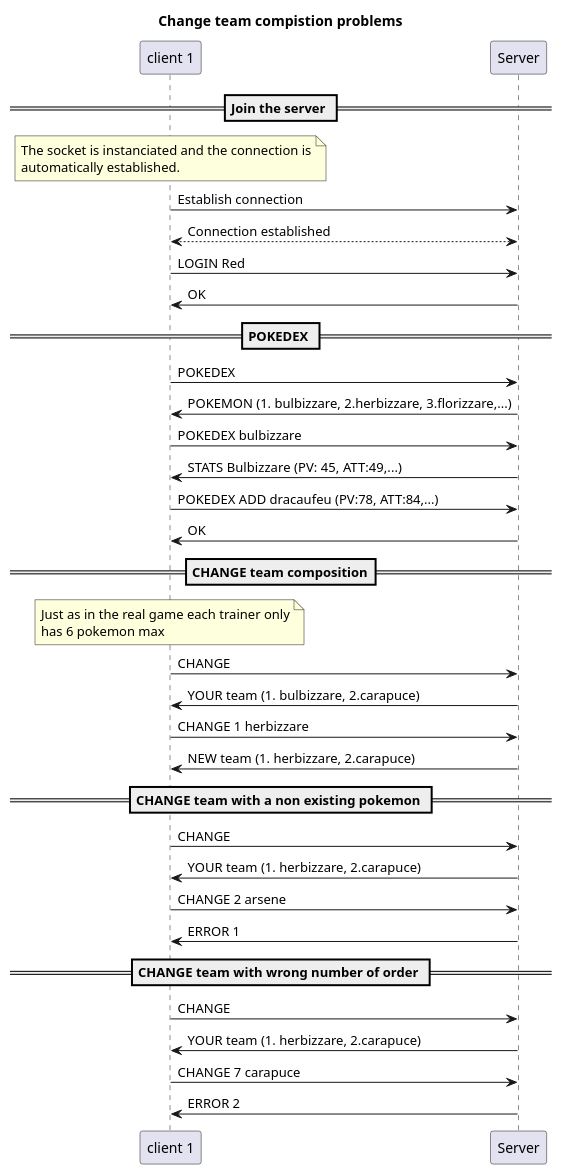
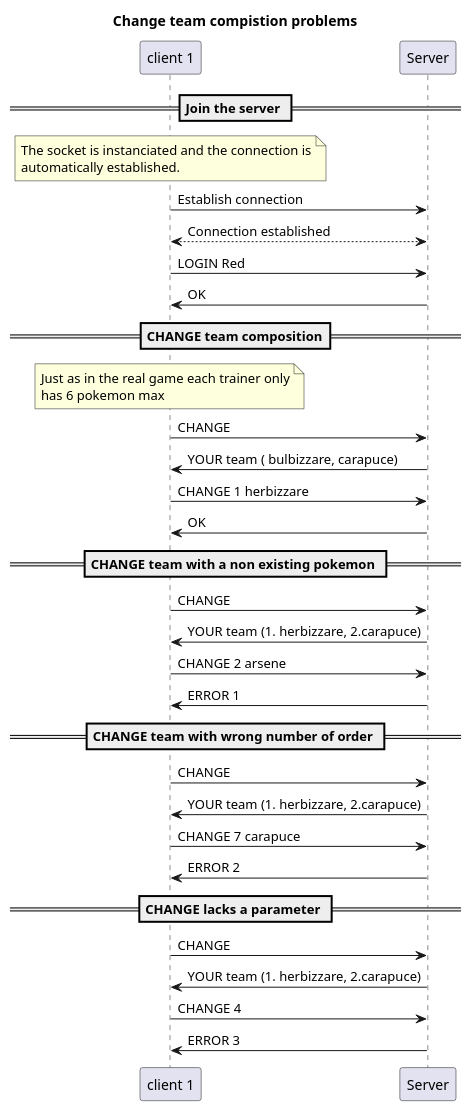
The diagram in PocketMonster/Protocole/ChangeTeamCompositionProblems.plantuml (Dansnts/DAI-Labo02), drawn with PlantUML before and after one commit. The commit also changed 6 other files, not shown here.

```diff
--- a/PocketMonster/Protocole/ChangeTeamCompositionProblems.plantuml
+++ b/PocketMonster/Protocole/ChangeTeamCompositionProblems.plantuml
@@ -1,54 +1,50 @@
 @startuml ChangeTeamCompositionProblems
 title "Change team compistion problems"
 
 participant "client 1" as c1
 participant "Server" as s
 
 == Join the server ==
 
 note over c1
 The socket is instanciated and the connection is
 automatically established.
 end note
 
 c1->s : Establish connection
 c1<-->s : Connection established
 
 c1->s: LOGIN Red
 s->c1: OK
 
-== POKEDEX ==
-
-c1->s: POKEDEX
-s->c1: POKEMON (1. bulbizzare, 2.herbizzare, 3.florizzare,...)
-c1->s: POKEDEX bulbizzare
-s->c1: STATS Bulbizzare (PV: 45, ATT:49,...)
-
-c1->s: POKEDEX ADD dracaufeu (PV:78, ATT:84,...)
-s->c1: OK
-
 == CHANGE team composition==
 note over c1
 Just as in the real game each trainer only
 has 6 pokemon max
 end note
 
 c1->s: CHANGE
-s->c1: YOUR team (1. bulbizzare, 2.carapuce)
+s->c1: YOUR team ( bulbizzare, carapuce)
 c1->s: CHANGE 1 herbizzare
-s->c1: NEW team (1. herbizzare, 2.carapuce)
+s->c1: OK
 
 == CHANGE team with a non existing pokemon ==
 
 c1->s: CHANGE
 s->c1: YOUR team (1. herbizzare, 2.carapuce)
 c1->s: CHANGE 2 arsene
 s->c1: ERROR 1
 
 == CHANGE team with wrong number of order ==
 c1->s: CHANGE
 s->c1: YOUR team (1. herbizzare, 2.carapuce)
 c1->s: CHANGE 7 carapuce
 s->c1: ERROR 2
 
+== CHANGE lacks a parameter ==
+c1->s: CHANGE
+s->c1: YOUR team (1. herbizzare, 2.carapuce)
+c1->s: CHANGE 4
+s->c1: ERROR 3
+
 @enduml
```
